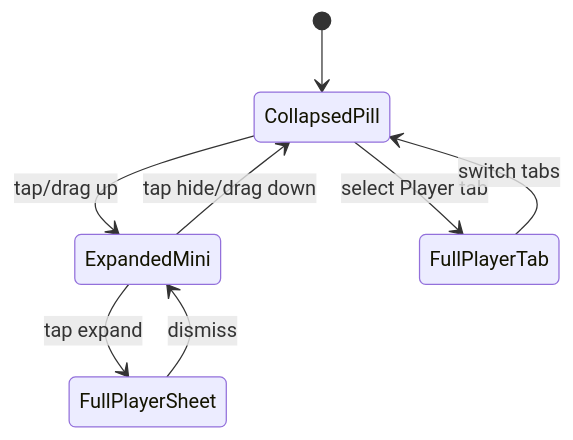
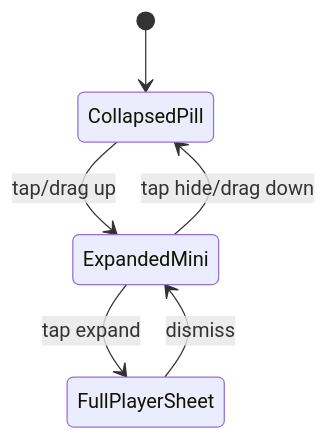
One commit to ezigus/zpod changed the first of 2 diagrams in dev-log/03.1.1.6-mini-player-pill-reveal.md. Above: the diagram before and after it, drawn with Mermaid. The commit also changed other lines of this file and 6 other files, not shown here.

````diff
--- a/dev-log/03.1.1.6-mini-player-pill-reveal.md
+++ b/dev-log/03.1.1.6-mini-player-pill-reveal.md
@@ -18,10 +18,8 @@
 ```mermaid
 stateDiagram-v2
   [*] --> CollapsedPill
   CollapsedPill --> ExpandedMini : tap/drag up
   ExpandedMini --> CollapsedPill : tap hide/drag down
   ExpandedMini --> FullPlayerSheet : tap expand
   FullPlayerSheet --> ExpandedMini : dismiss
-  CollapsedPill --> FullPlayerTab : select Player tab
-  FullPlayerTab --> CollapsedPill : switch tabs
 ```
````
